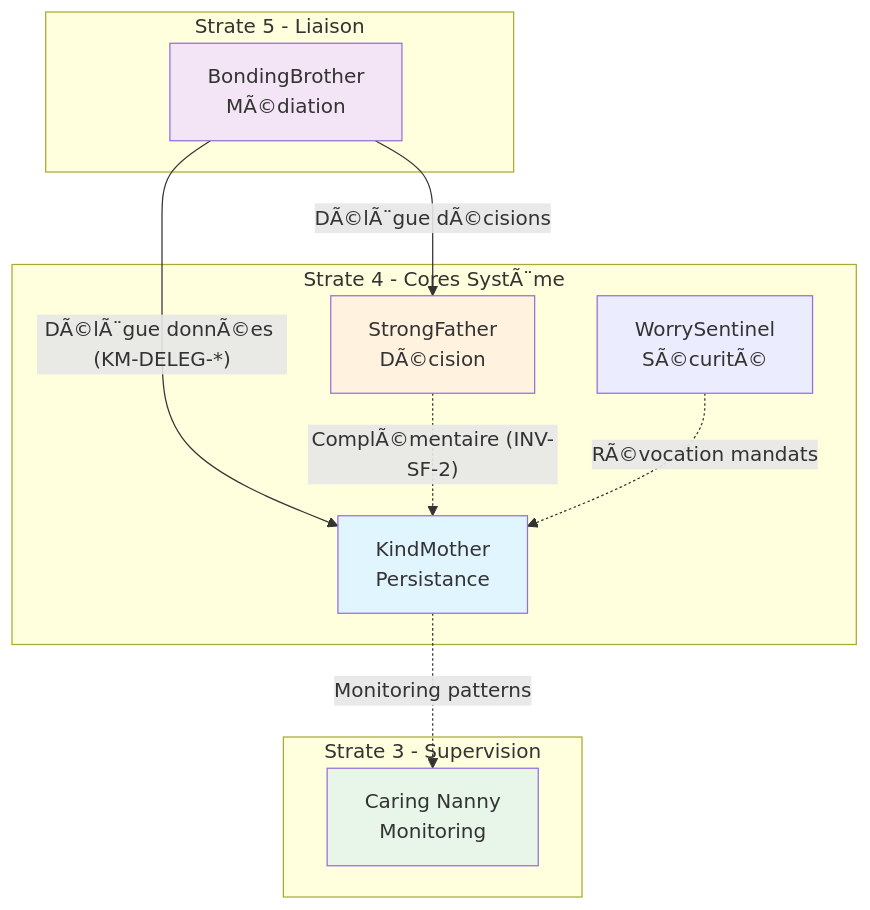
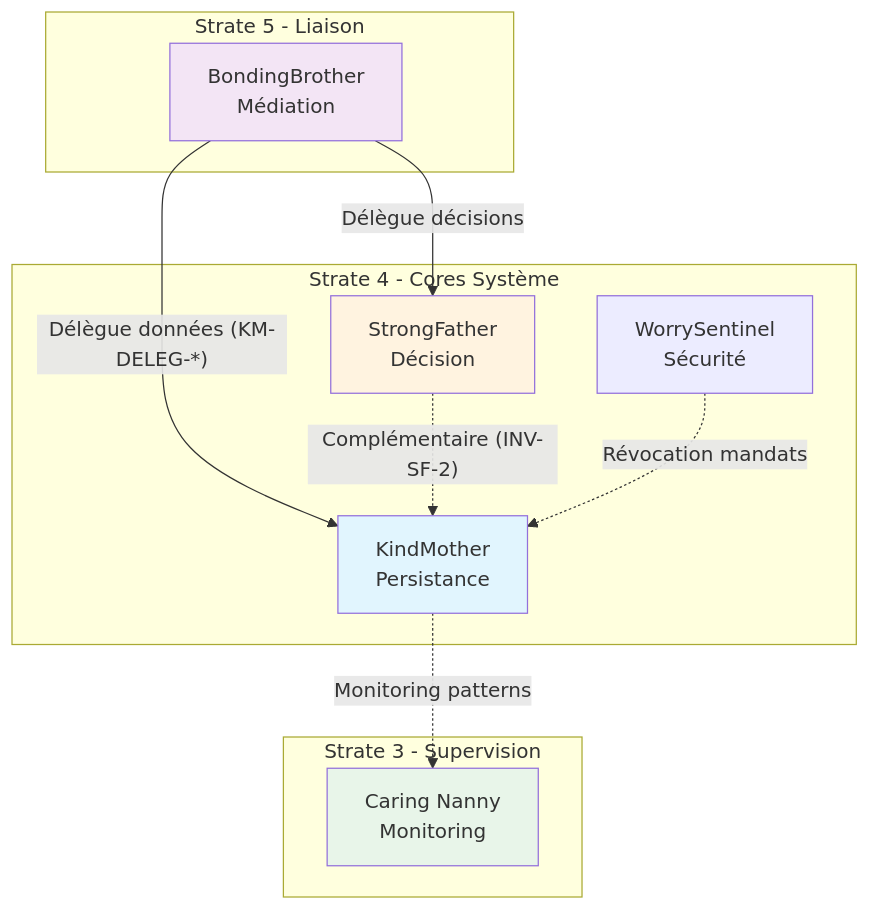
One commit to StudioMiyukini/miyukini_cog changed the diagram in docs/cores/KindMother/_index.md. Above: the diagram before and after it, drawn with Mermaid. The commit also changed other lines of this file and 564 other files, not shown here.

````diff
--- a/docs/cores/KindMother/_index.md
+++ b/docs/cores/KindMother/_index.md
@@ -164,32 +164,32 @@
 ```mermaid
 graph TB
-    subgraph Strate4[Strate 4 - Cores SystÃ¨me]
-        SF[StrongFather<br/>DÃ©cision]
+    subgraph Strate4[Strate 4 - Cores Système]
+        SF[StrongFather<br/>Décision]
         KM[KindMother<br/>Persistance]
-        WS[WorrySentinel<br/>SÃ©curitÃ©]
+        WS[WorrySentinel<br/>Sécurité]
     end
 
     subgraph Strate5[Strate 5 - Liaison]
-        BB[BondingBrother<br/>MÃ©diation]
+        BB[BondingBrother<br/>Médiation]
     end
 
     subgraph Strate3[Strate 3 - Supervision]
         CN[Caring Nanny<br/>Monitoring]
     end
 
-    BB -->|"DÃ©lÃ¨gue donnÃ©es (KM-DELEG-*)"| KM
-    BB -->|"DÃ©lÃ¨gue dÃ©cisions"| SF
-    SF -.->|"ComplÃ©mentaire (INV-SF-2)"| KM
+    BB -->|"Délègue données (KM-DELEG-*)"| KM
+    BB -->|"Délègue décisions"| SF
+    SF -.->|"Complémentaire (INV-SF-2)"| KM
     KM -.->|"Monitoring patterns"| CN
-    WS -.->|"RÃ©vocation mandats"| KM
+    WS -.->|"Révocation mandats"| KM
 
     classDef coreData fill:#e1f5fe
     classDef coreDecision fill:#fff3e0
     classDef liaison fill:#f3e5f5
     classDef supervision fill:#e8f5e9
 
     class KM coreData
     class SF coreDecision
     class BB liaison
     class CN supervision
 ```
````
